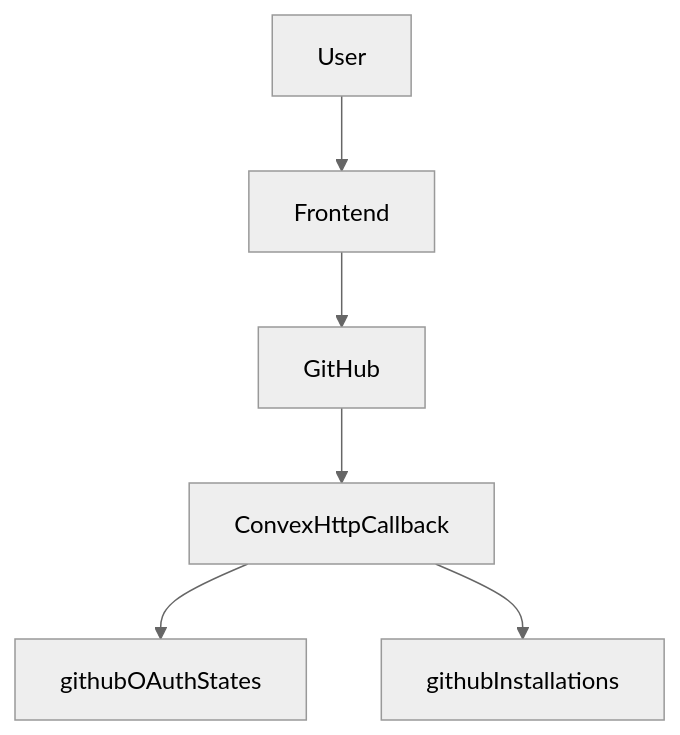
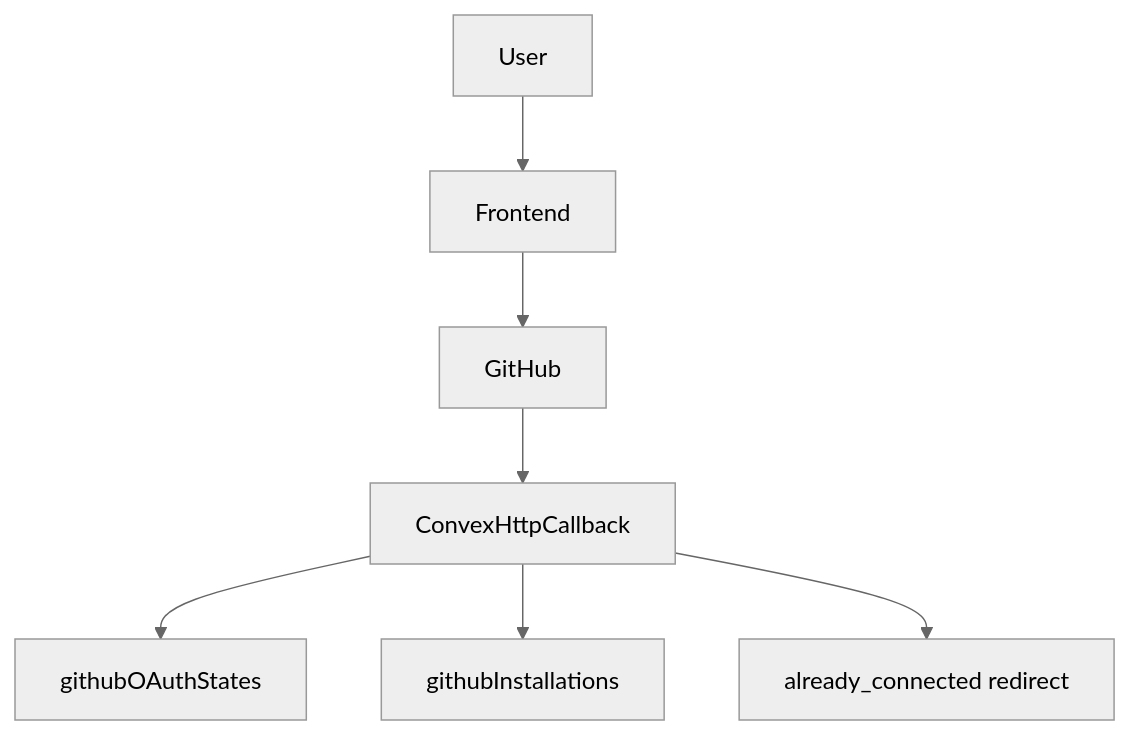
Before and after one commit to EricTsai83/architect-agent: the second of 3 diagrams in docs/integrations-and-operations.md, drawn with Mermaid (neutral theme). The commit also changed other lines of this file and 14 other files, not shown here.

````diff
--- a/docs/integrations-and-operations.md
+++ b/docs/integrations-and-operations.md
@@ -57,15 +57,17 @@
 ```mermaid
 flowchart TD
   User[User]
   Frontend[Frontend]
   GitHub[GitHub]
   Callback[ConvexHttpCallback]
   State[githubOAuthStates]
   Installation[githubInstallations]
+  Conflict[already_connected redirect]
 
   User --> Frontend
   Frontend --> GitHub
   GitHub --> Callback
   Callback --> State
   Callback --> Installation
+  Callback --> Conflict
 ```
````
